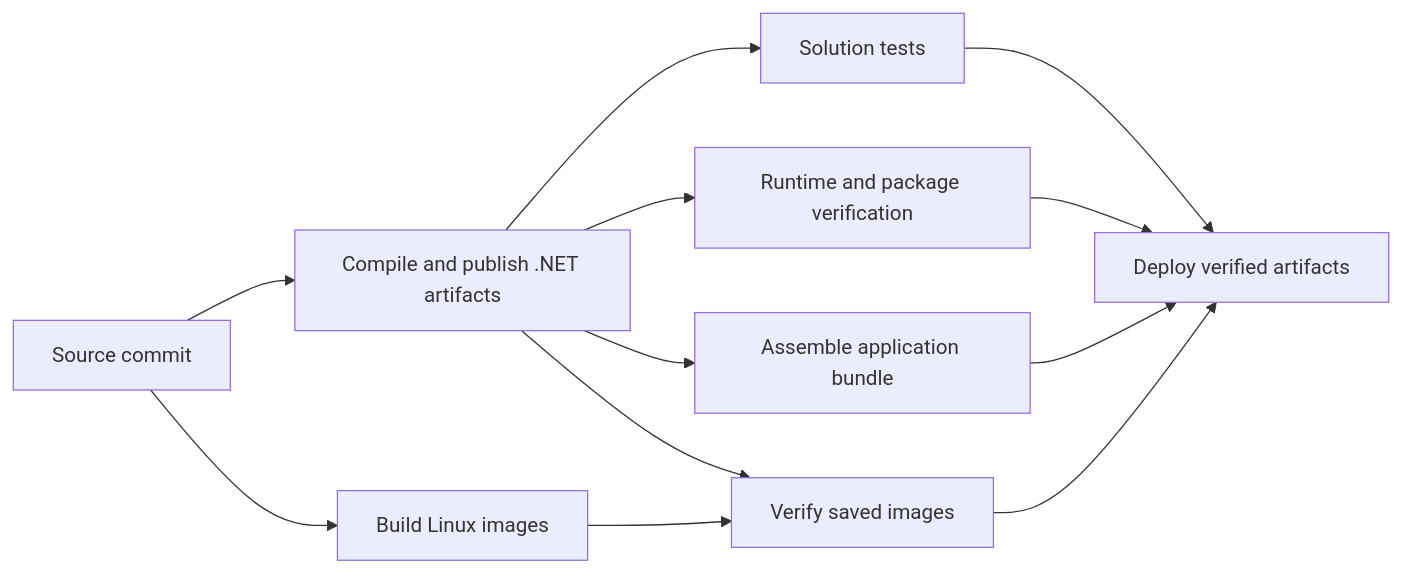
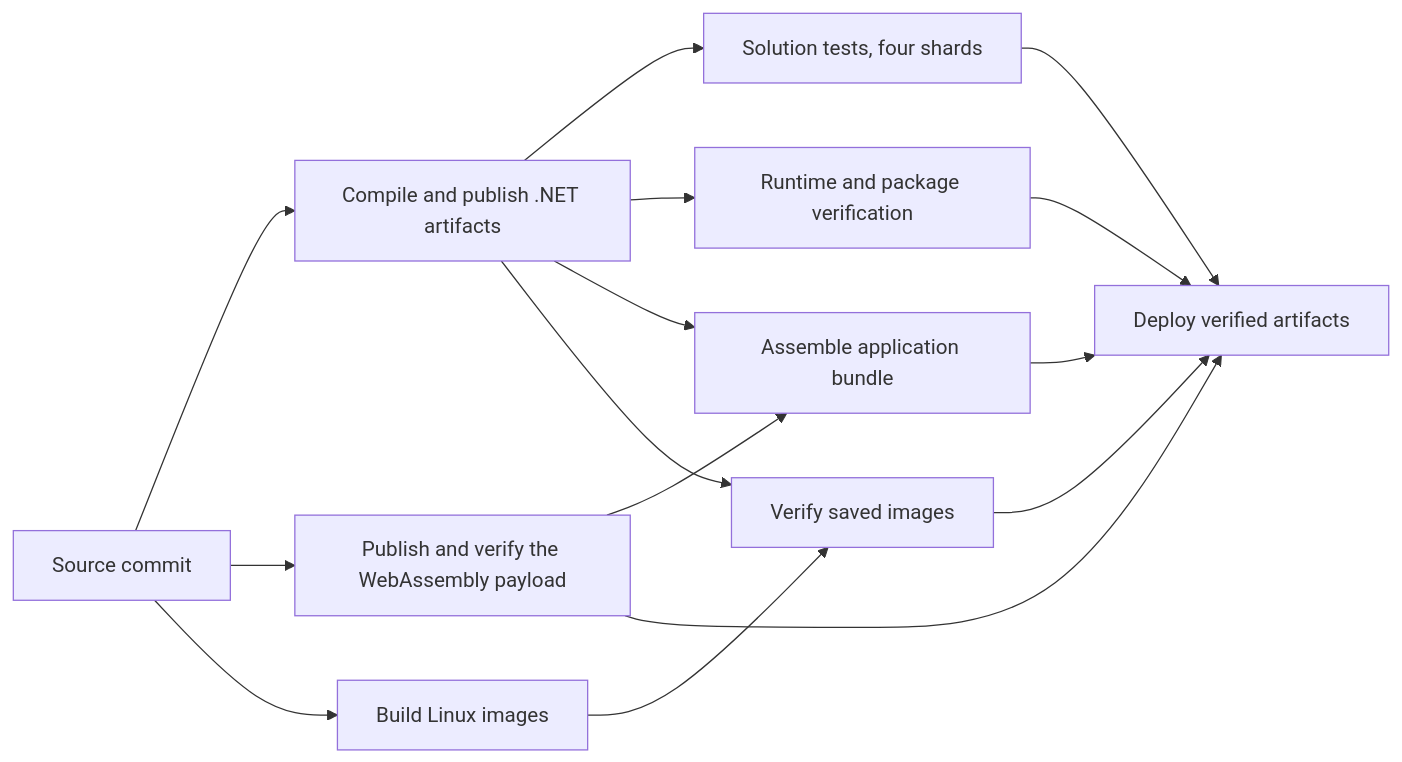
One commit to ByteTerrace/Puck changed the diagram in docs/development/ci.md. Above: the diagram before and after it, drawn with Mermaid. The commit also changed other lines of this file and 18 other files, not shown here.

````diff
--- a/docs/development/ci.md
+++ b/docs/development/ci.md
@@ -210,14 +256,17 @@
 ```mermaid
 flowchart LR
     source[Source commit] --> managed[Compile and publish .NET artifacts]
+    source --> browser[Publish and verify the WebAssembly payload]
     source --> images[Build Linux images]
-    managed --> tests[Solution tests]
+    managed --> tests[Solution tests, four shards]
     managed --> runtime[Runtime and package verification]
     managed --> bundle[Assemble application bundle]
+    browser --> bundle
     managed --> containers[Verify saved images]
     images --> containers
     tests --> deploy[Deploy verified artifacts]
     runtime --> deploy
+    browser --> deploy
     bundle --> deploy
     containers --> deploy
 ```
````
